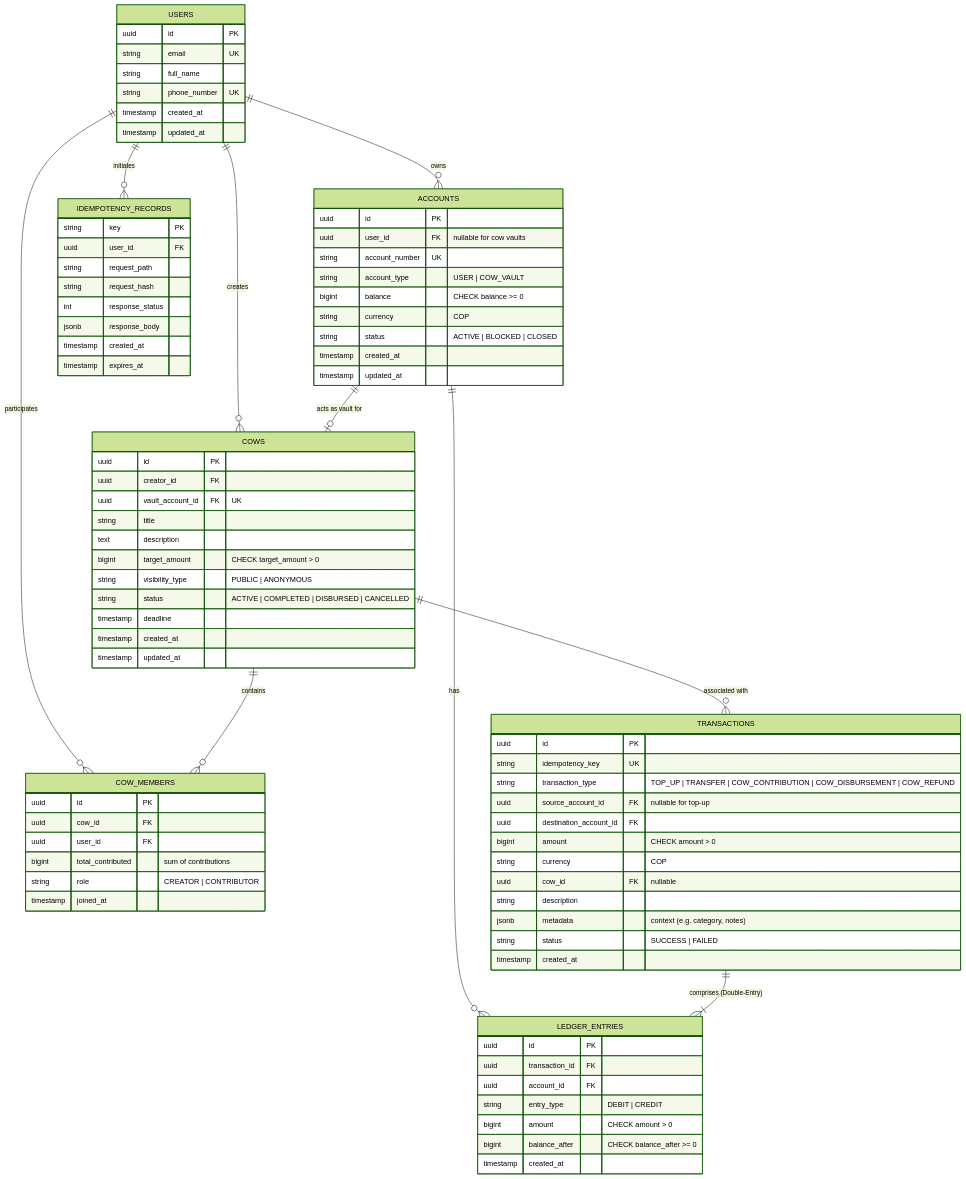
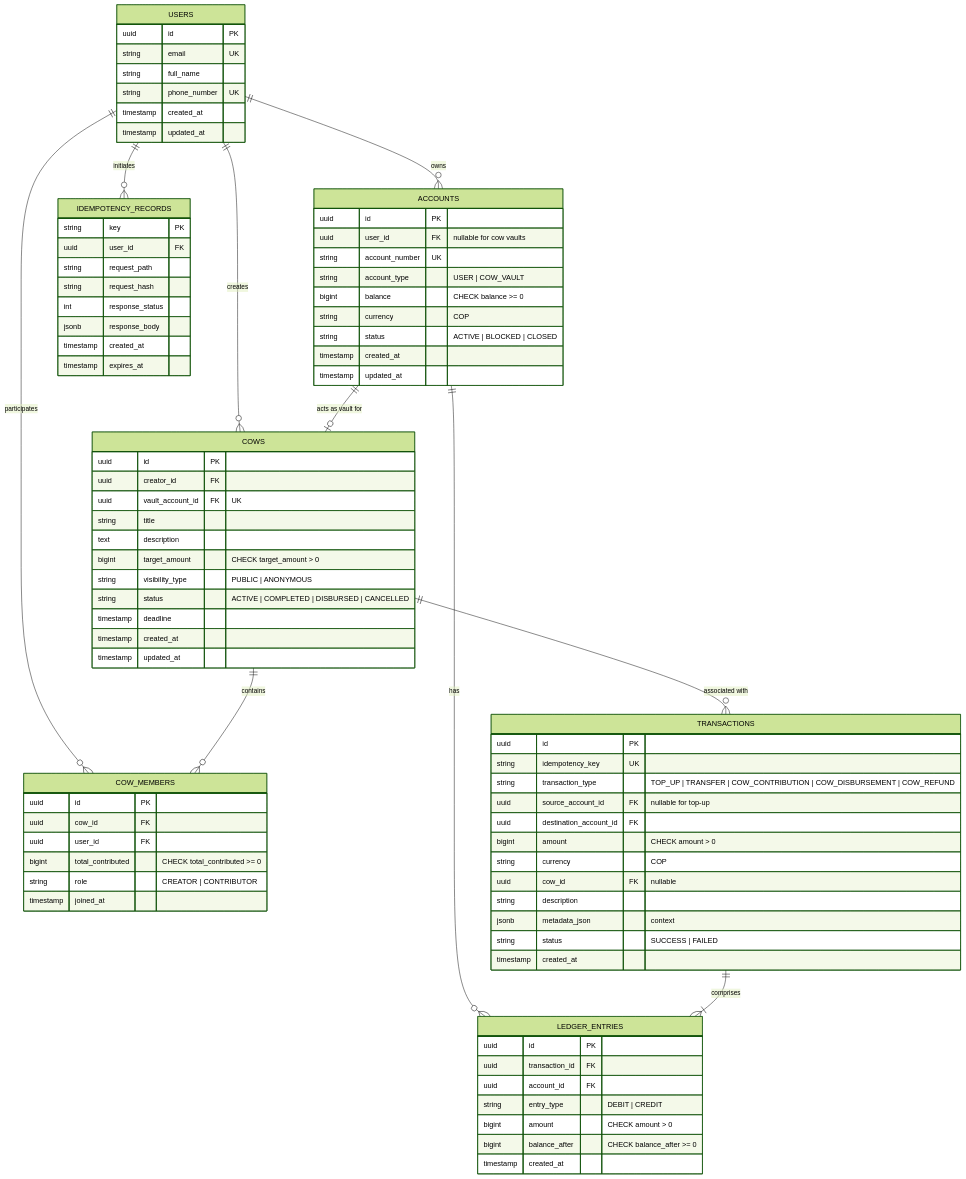
Before and after one commit to Davilapai/HabiReto: the diagram in docs/DATA_MODEL.md, drawn with Mermaid (forest theme). The commit also changed other lines of this file and 7 other files, not shown here.

```diff
--- a/docs/DATA_MODEL.md
+++ b/docs/DATA_MODEL.md
@@ -69,7 +37,7 @@
     ACCOUNTS ||--o{ LEDGER_ENTRIES : "has"
     COWS ||--o{ COW_MEMBERS : "contains"
     COWS ||--o{ TRANSACTIONS : "associated with"
-    TRANSACTIONS ||--|{ LEDGER_ENTRIES : "comprises (Double-Entry)"
+    TRANSACTIONS ||--|{ LEDGER_ENTRIES : "comprises"
 
     USERS {
         uuid id PK
@@ -110,7 +78,7 @@
         uuid id PK
         uuid cow_id FK
         uuid user_id FK
-        bigint total_contributed "sum of contributions"
+        bigint total_contributed "CHECK total_contributed >= 0"
         string role "CREATOR | CONTRIBUTOR"
         timestamp joined_at
     }
@@ -125,7 +93,7 @@
         string currency "COP"
         uuid cow_id FK "nullable"
         string description
-        jsonb metadata "context (e.g. category, notes)"
+        jsonb metadata_json "context"
         string status "SUCCESS | FAILED"
         timestamp created_at
     }
```
